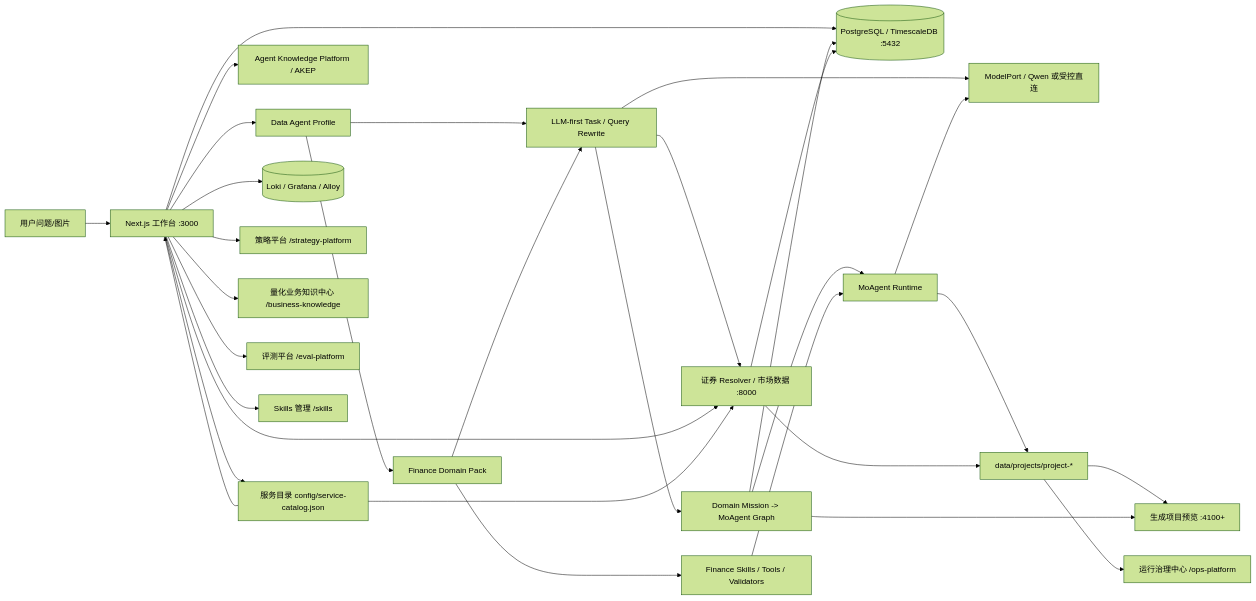
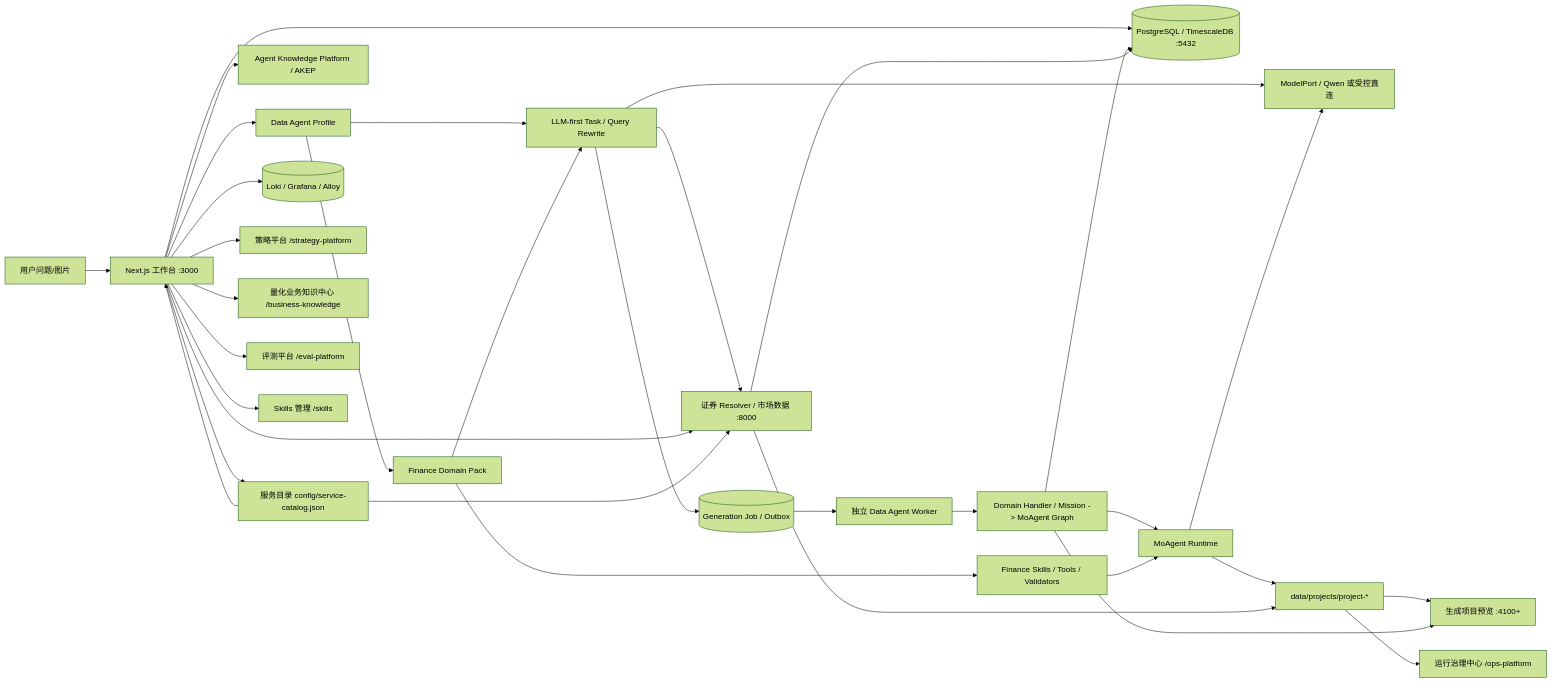
One commit to xbzz1018/SignalForge changed the diagram in docs/architecture.md. Above: the diagram before and after it, drawn with Mermaid (forest theme). The commit also changed other lines of this file and 19 other files, not shown here.

````diff
--- a/docs/architecture.md
+++ b/docs/architecture.md
@@ -5,33 +5,35 @@
 ```mermaid
 flowchart LR
   U[用户问题/图片] --> W[Next.js 工作台 :3000]
   W --> D[Data Agent Profile]
   D --> Q[LLM-first Task / Query Rewrite]
   D --> F[Finance Domain Pack]
   F --> Q
   Q --> MP[ModelPort / Qwen 或受控直连]
   Q --> M[证券 Resolver / 市场数据 :8000]
-  Q --> G[Domain Mission -> MoAgent Graph]
+  Q --> J[(Generation Job / Outbox)]
+  J --> WK[独立 Data Agent Worker]
+  WK --> G[Domain Handler / Mission -> MoAgent Graph]
   W --> DB[(PostgreSQL / TimescaleDB :5432)]
   G --> R[MoAgent Runtime]
   G --> DB
   F --> S[Finance Skills / Tools / Validators]
   S --> R
   W --> K[Agent Knowledge Platform / AKEP]
   R --> MP
   W --> M
   W --> SC[服务目录 config/service-catalog.json]
   SC --> W
   SC --> M
   M --> DB
   W --> L[(Loki / Grafana / Alloy)]
   R --> P[data/projects/project-*]
   M --> P
   P --> V[生成项目预览 :4100+]
   G --> V
   P --> H[运行治理中心 /ops-platform]
   W --> T[策略平台 /strategy-platform]
   W --> C[量化业务知识中心 /business-knowledge]
   W --> E[评测平台 /eval-platform]
   W --> A[Skills 管理 /skills]
 ```
````
